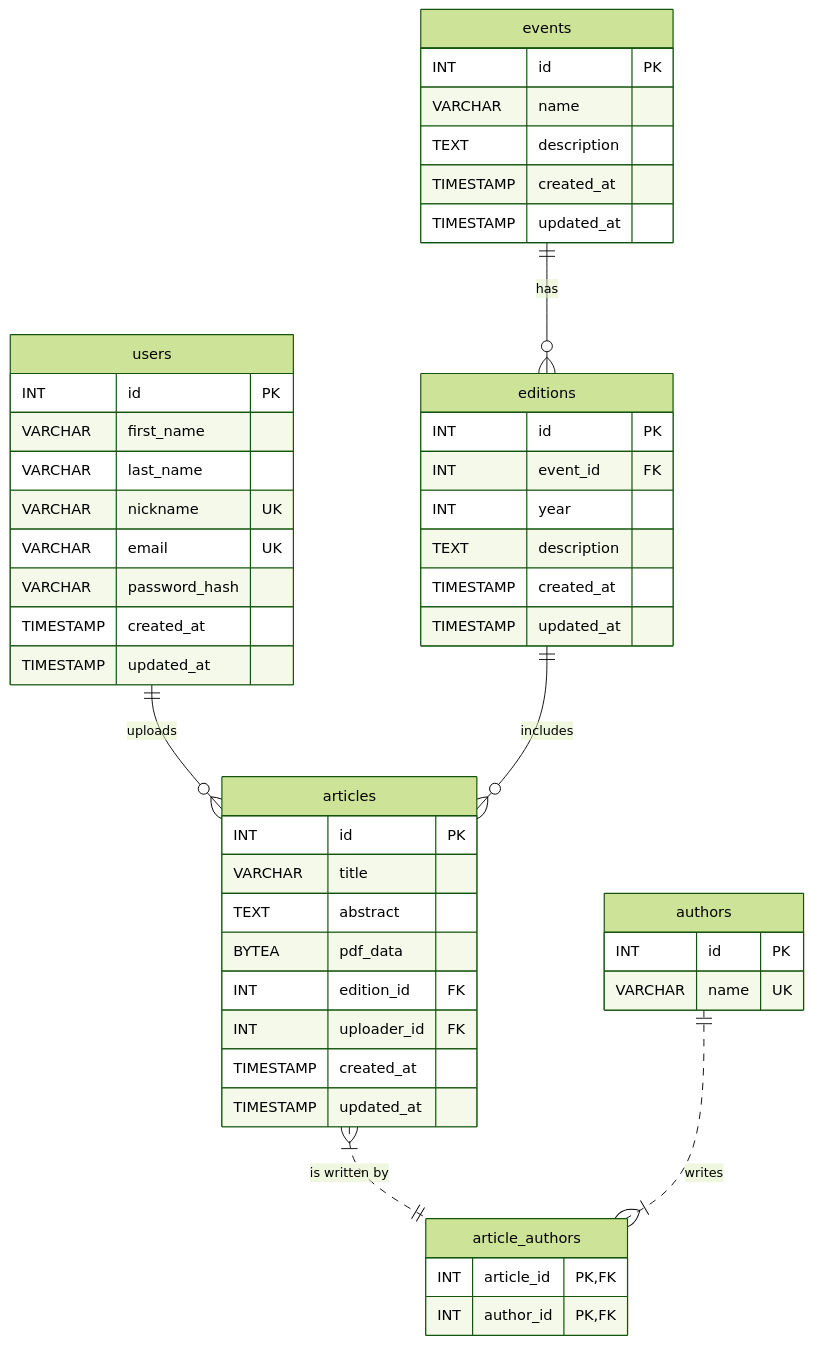
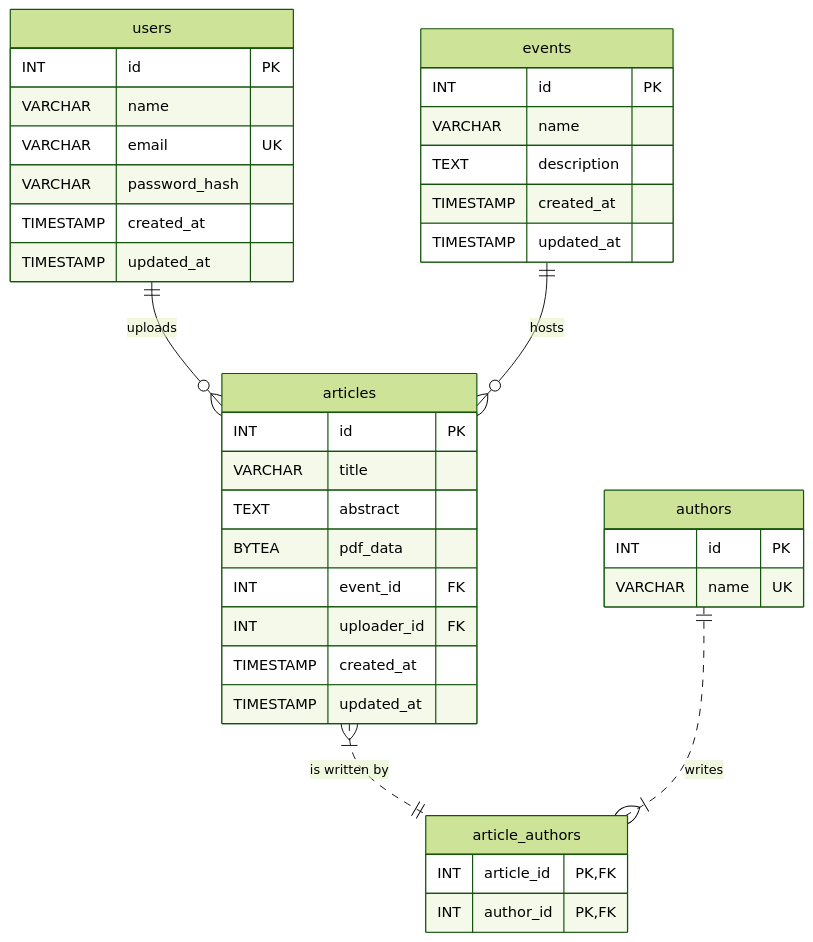
Before and after one commit to Gustav0Luiz/TP-1-Eng-Software: the diagram in README.md, drawn with Mermaid (forest theme). The commit also changed 25 other files, not shown here.

````diff
--- a/README.md
+++ b/README.md
@@ -42,58 +42,46 @@
 ```mermaid
 erDiagram
     users {
         INT id PK
-        VARCHAR first_name
-        VARCHAR last_name
-        VARCHAR nickname UK
+        VARCHAR name
         VARCHAR email UK
         VARCHAR password_hash
         TIMESTAMP created_at
         TIMESTAMP updated_at
     }
 
     events {
         INT id PK
         VARCHAR name
         TEXT description
         TIMESTAMP created_at
         TIMESTAMP updated_at
     }
 
-    editions {
-        INT id PK
-        INT event_id FK
-        INT year
-        TEXT description
-        TIMESTAMP created_at
-        TIMESTAMP updated_at
-    }
-
     articles {
         INT id PK
         VARCHAR title
         TEXT abstract
         BYTEA pdf_data
-        INT edition_id FK
+        INT event_id FK
         INT uploader_id FK
         TIMESTAMP created_at
         TIMESTAMP updated_at
     }
 
     authors {
         INT id PK
         VARCHAR name UK
     }
 
     article_authors {
         INT article_id PK, FK
         INT author_id PK, FK
     }
 
     users ||--o{ articles : "uploads"
-    events ||--o{ editions : "has"
-    editions ||--o{ articles : "includes"
+    events ||--o{ articles : "hosts"
     articles }|..|| article_authors : "is written by"
     authors ||..|{ article_authors : "writes"
 
 ```
````
